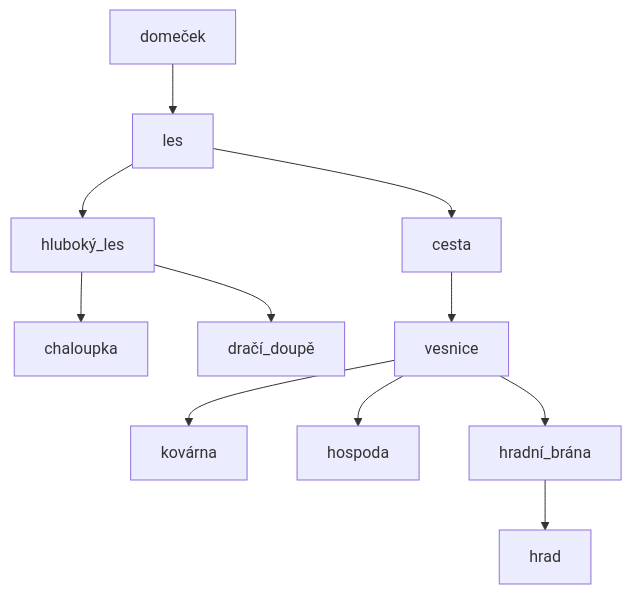
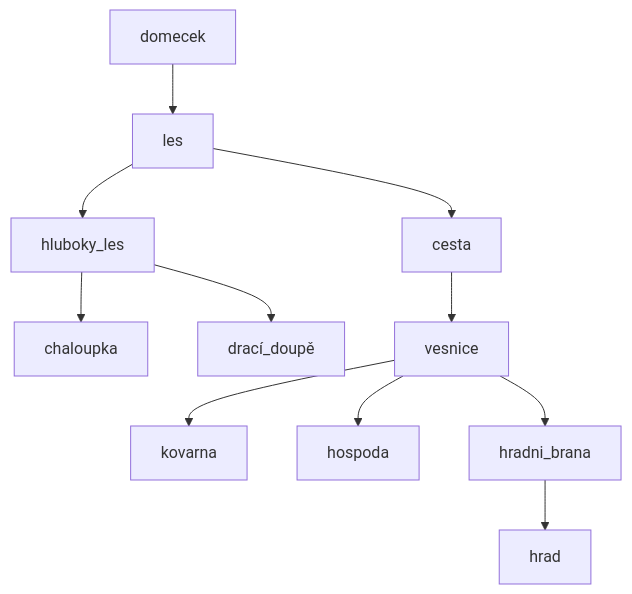
One commit to JanKornienko/adventura changed the diagram in README.md. Above: the diagram before and after it, drawn with Mermaid. The commit also changed other lines of this file, not shown here.

Commit message:
feat: README update

````diff
--- a/README.md
+++ b/README.md
@@ -9,13 +9,13 @@
 ```mermaid
 flowchart TD
-    A[domeček] --> B[les]
-    B --> C[hluboký_les]
+    A[domecek] --> B[les]
+    B --> C[hluboky_les]
     B --> G[cesta]
     C --> D[chaloupka]
-    C --> E[dračí_doupě]
+    C --> E[drací_doupě]
     G --> H[vesnice]
-    H --> I[kovárna]
+    H --> I[kovarna]
     H --> J[hospoda]
-    H --> K[hradní_brána]
+    H --> K[hradni_brana]
     K --> L[hrad]
 ```
````
